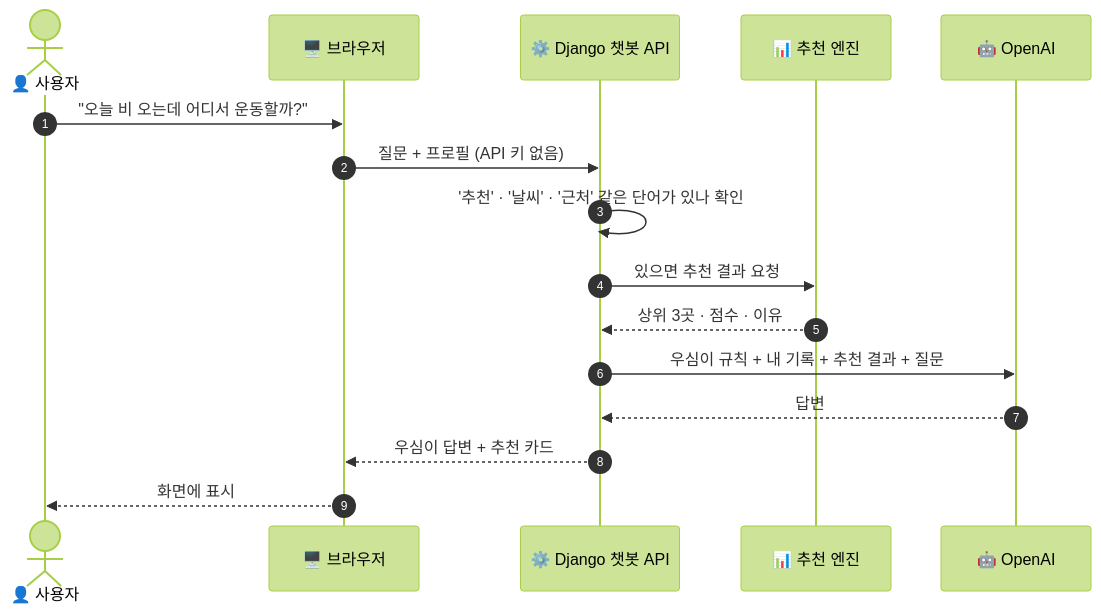
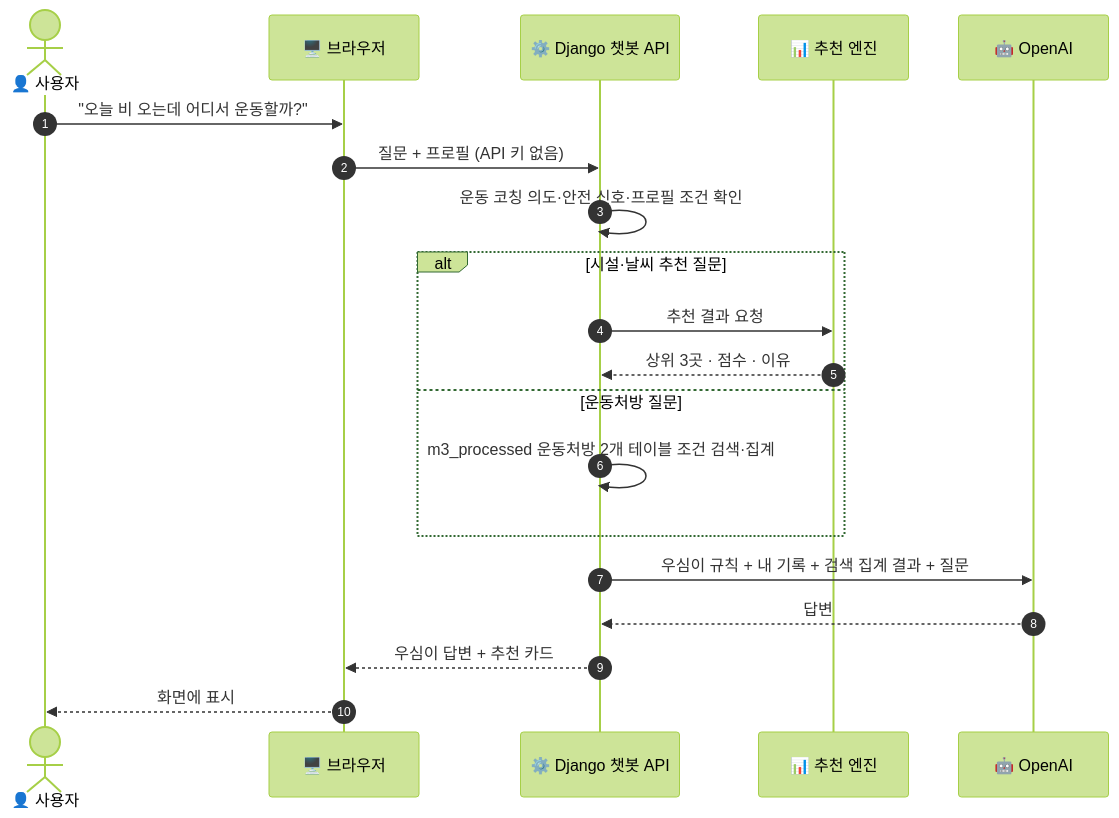
Before and after one commit to encore-ai-campus/mlo-02-p1-team3: diagram 11 of 19 in README.md, drawn with Mermaid (forest theme). The commit also changed other lines of this file, not shown here.

Commit message:
docs: document current data usage and AI coach flow

````diff
--- a/README.md
+++ b/README.md
@@ -693,19 +733,23 @@
 ```mermaid
 sequenceDiagram
     autonumber
     actor U as 👤 사용자
     participant B as 🖥️ 브라우저
     participant D as ⚙️ Django 챗봇 API
     participant R as 📊 추천 엔진
     participant O as 🤖 OpenAI
 
     U->>B: "오늘 비 오는데 어디서 운동할까?"
     B->>D: 질문 + 프로필 (API 키 없음)
-    D->>D: '추천' · '날씨' · '근처' 같은 단어가 있나 확인
-    D->>R: 있으면 추천 결과 요청
-    R-->>D: 상위 3곳 · 점수 · 이유
-    D->>O: 우심이 규칙 + 내 기록 + 추천 결과 + 질문
+    D->>D: 운동 코칭 의도·안전 신호·프로필 조건 확인
+    alt 시설·날씨 추천 질문
+        D->>R: 추천 결과 요청
+        R-->>D: 상위 3곳 · 점수 · 이유
+    else 운동처방 질문
+        D->>D: m3_processed 운동처방 2개 테이블 조건 검색·집계
+    end
+    D->>O: 우심이 규칙 + 내 기록 + 검색 집계 결과 + 질문
     O-->>D: 답변
     D-->>B: 우심이 답변 + 추천 카드
     B-->>U: 화면에 표시
 ```
````
